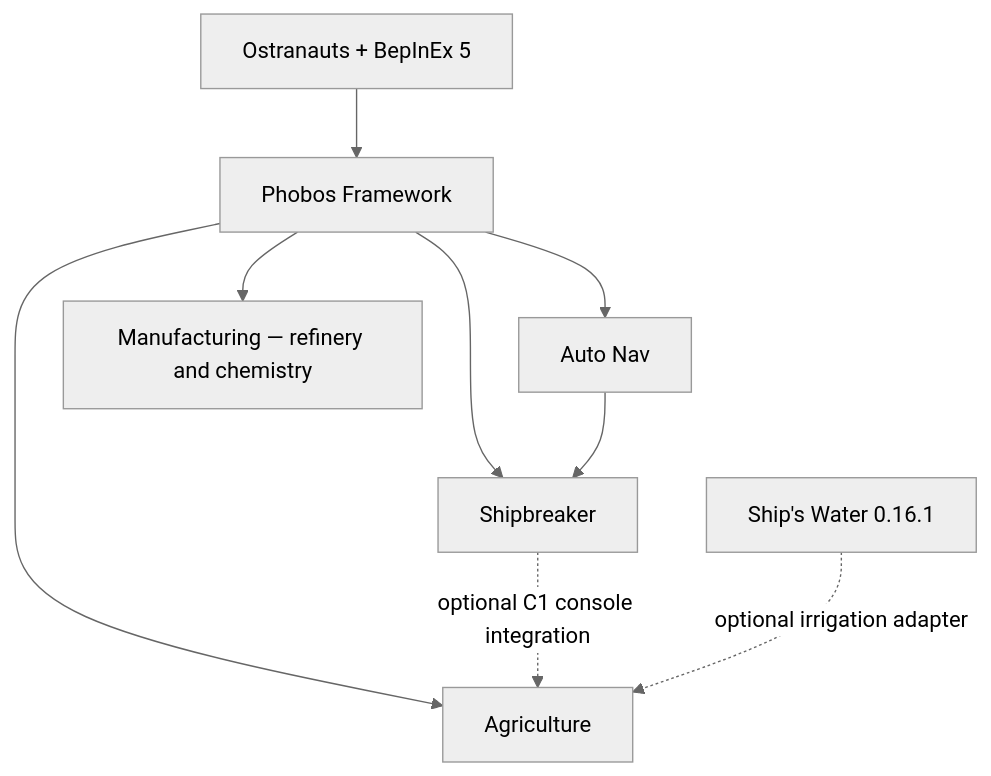
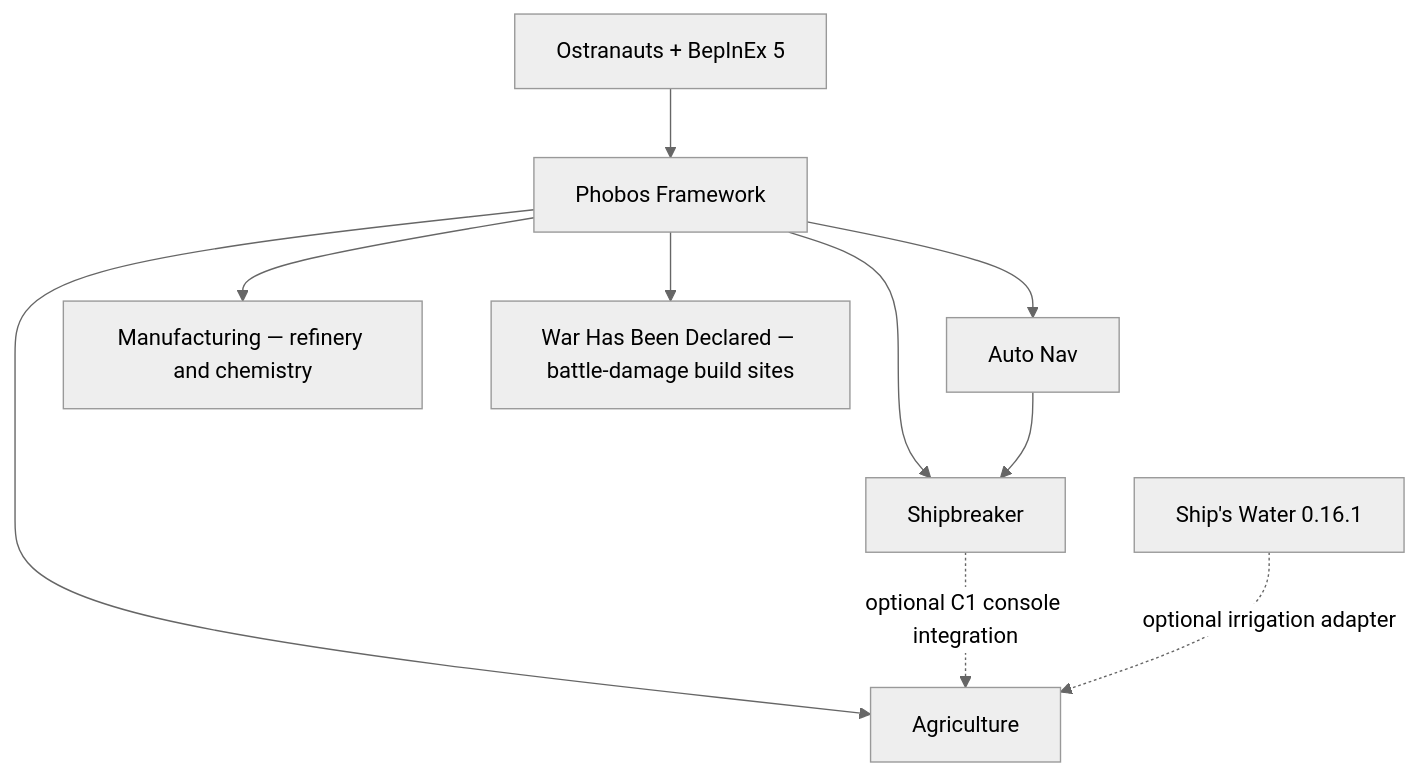
Before and after one commit to phobos-dthorga/phobos-ostranauts: the diagram in README.md, drawn with Mermaid (neutral theme). The commit also changed other lines of this file and 68 other files, not shown here.

````diff
--- a/README.md
+++ b/README.md
@@ -50,11 +51,12 @@
 ```mermaid
 flowchart TD
     Game["Ostranauts + BepInEx 5"] --> Framework["Phobos Framework"]
     Framework --> Shipbreaker["Shipbreaker"]
     Framework --> AutoNav["Auto Nav"]
     AutoNav --> Shipbreaker
     Framework --> Agriculture["Agriculture"]
     Framework --> Manufacturing["Manufacturing — refinery and chemistry"]
+    Framework --> WarDeclared["War Has Been Declared — battle-damage build sites"]
     Shipbreaker -. "optional C1 console integration" .-> Agriculture
     Water["Ship's Water 0.16.1"] -. "optional irrigation adapter" .-> Agriculture
 ```
````
